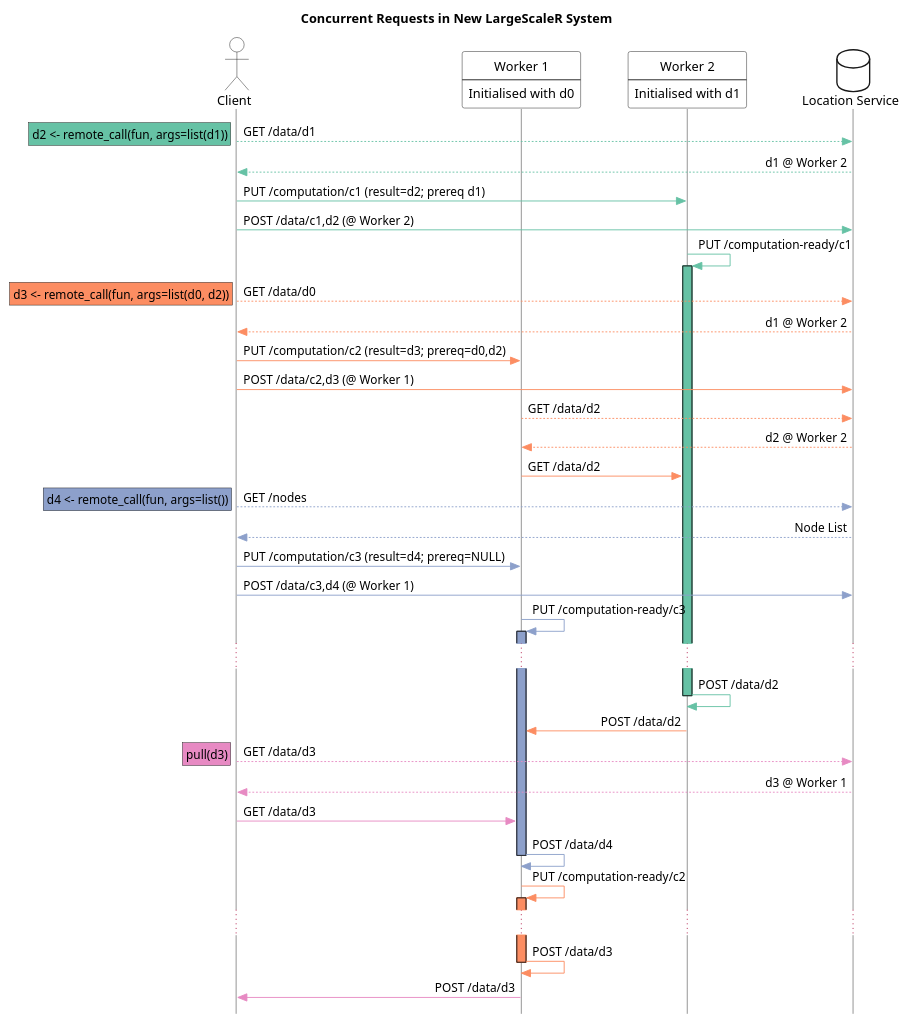
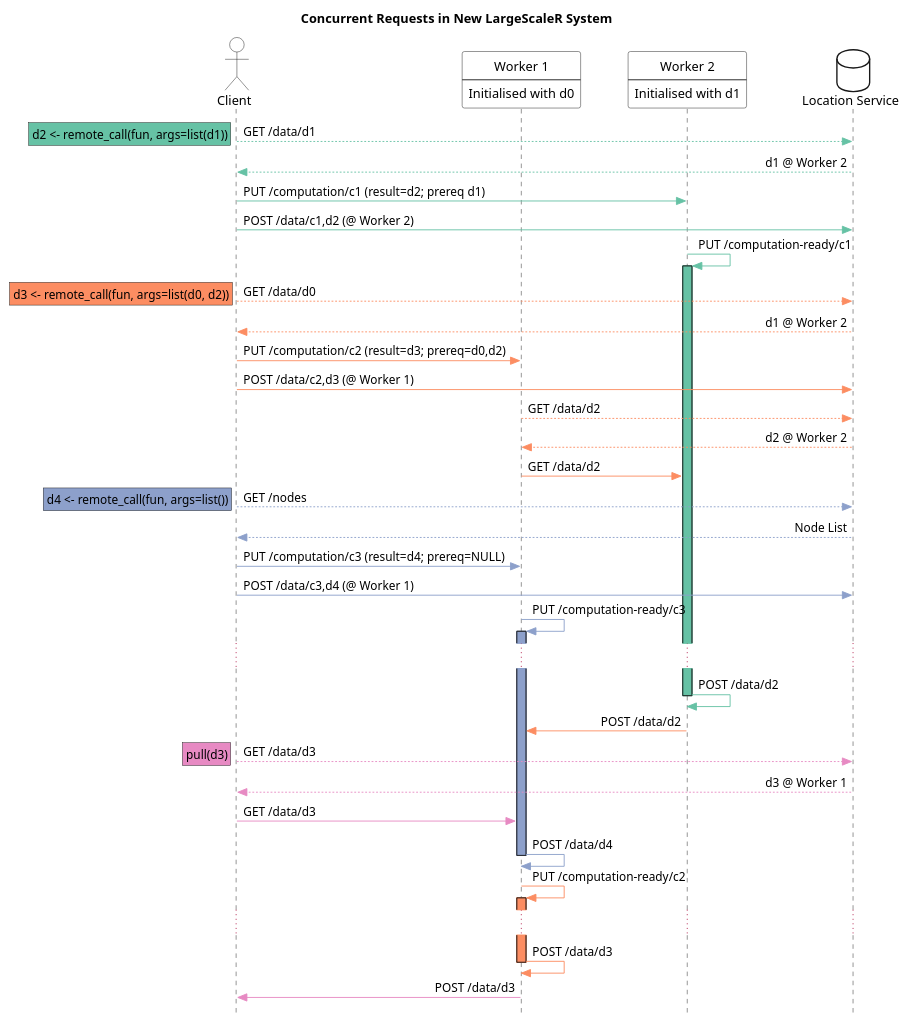
The diagram in research/sysinteract.puml (jcai849/jcai849.github.io), drawn with PlantUML before and after one commit. The commit also changed 11 other files, not shown here.

```diff
--- a/research/sysinteract.puml
+++ b/research/sysinteract.puml
@@ -1,57 +1,56 @@
 @startuml
-skinparam shadowing false
+
 skinparam style strictuml
-skinparam LifelineStrategy nosolid
 skinparam sequenceMessageAlign direction
 
 title Concurrent Requests in New LargeScaleR System
 
 actor Client as c #white
 participant "Worker 1\n----\nInitialised with d0" as w1 #white
 participant "Worker 2\n----\nInitialised with d1" as w2 #white
 database "Location Service" as ls #white
 
 
 c --[#66c2a5]> ls: GET /data/d1
 rnote left #66c2a5: d2 <- remote_call(fun, args=list(d1))
 ls --[#66c2a5]> c: d1 @ Worker 2
 c -[#66c2a5]> w2: PUT /computation/c1 (result=d2; prereq d1)
 c -[#66c2a5]> ls: POST /data/c1,d2 (@ Worker 2)
 w2 -[#66c2a5]> w2: PUT /computation-ready/c1
 activate w2 #66c2a5
 
 c --[#fc8d62]> ls: GET /data/d0
 rnote left #fc8d62: d3 <- remote_call(fun, args=list(d0, d2))
 ls --[#fc8d62]> c: d1 @ Worker 2
 c -[#fc8d62]> w1: PUT /computation/c2 (result=d3; prereq=d0,d2)
 c -[#fc8d62]> ls: POST /data/c2,d3 (@ Worker 1)
 w1 --[#fc8d62]> ls: GET /data/d2
 ls --[#fc8d62]> w1: d2 @ Worker 2
 w1 -[#fc8d62]> w2: GET /data/d2
 
 c --[#8da0cb]> ls: GET /nodes
 rnote left #8da0cb: d4 <- remote_call(fun, args=list())
 ls --[#8da0cb]> c: Node List
 c -[#8da0cb]> w1: PUT /computation/c3 (result=d4; prereq=NULL)
 c -[#8da0cb]> ls: POST /data/c3,d4 (@ Worker 1)
 w1 -[#8da0cb]> w1: PUT /computation-ready/c3
 activate w1 #8da0cb
 ...
 w2 -[#66c2a5]> w2: POST /data/d2
 deactivate w2
 w2 -[#fc8d62]> w1: POST /data/d2
 
 c --[#e78ac3]> ls: GET /data/d3
 rnote left #e78ac3: pull(d3)
 ls --[#e78ac3]> c: d3 @ Worker 1
 c -[#e78ac3]> w1: GET /data/d3
 w1 -[#8da0cb]> w1: POST /data/d4
 deactivate w1
 w1 -[#fc8d62]> w1: PUT /computation-ready/c2
 activate w1 #fc8d62
 ...
 w1 -[#fc8d62]> w1: POST /data/d3
 deactivate w1
 w1 -[#e78ac3]> c: POST /data/d3
 
 @enduml
```
